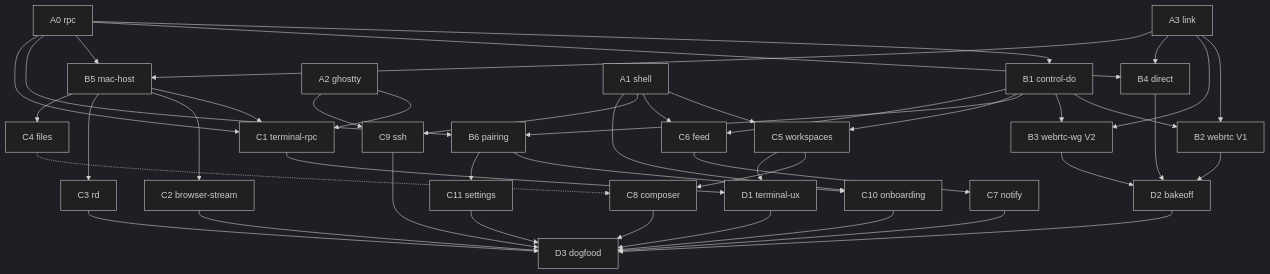
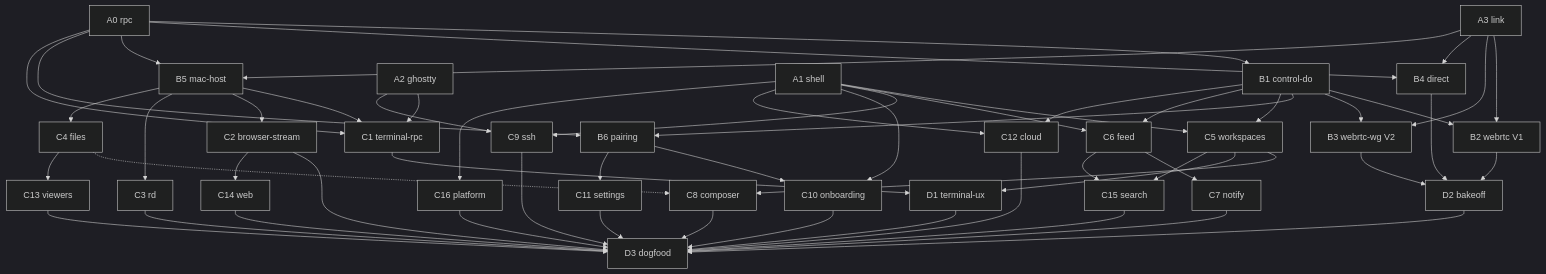
One commit to manaflow-ai/cmux changed the diagram in plans/cmux-next/ios-next/PLAN.md. Above: the diagram before and after it, drawn with Mermaid (dark theme). The commit also changed other lines of this file, not shown here.

````diff
--- a/plans/cmux-next/ios-next/PLAN.md
+++ b/plans/cmux-next/ios-next/PLAN.md
@@ -111,46 +125,58 @@
 ```mermaid
 graph TD
   A0[A0 rpc] --> B1[B1 control-do]
   A0 --> B4[B4 direct]
   A0 --> B5[B5 mac-host]
   A3[A3 link] --> B2[B2 webrtc V1]
   A3 --> B3[B3 webrtc-wg V2]
   A3 --> B4
   A3 --> B5
   B1 --> B2
   B1 --> B3
   B1 --> B6[B6 pairing]
   A0 --> B6
   A0 --> C1[C1 terminal-rpc]
   A2[A2 ghostty] --> C1
   B5 --> C1
   B5 --> C2[C2 browser-stream]
   B5 --> C3[C3 rd]
   B5 --> C4[C4 files]
   A1[A1 shell] --> C5[C5 workspaces]
   B1 --> C5
   A1 --> C6[C6 feed]
   B1 --> C6
   C6 --> C7[C7 notify]
   C5 --> C8[C8 composer]
   C4 -.-> C8
   A1 --> C9[C9 ssh]
   A2 --> C9
   A1 --> C10[C10 onboarding]
   B6 --> C10
   B6 --> C11[C11 settings]
   C1 --> D1[D1 terminal-ux]
   C5 --> D1
   B2 --> D2[D2 bakeoff]
   B3 --> D2
   B4 --> D2
   D1 --> D3[D3 dogfood]
   D2 --> D3
   C2 --> D3
   C3 --> D3
   C7 --> D3
   C8 --> D3
   C9 --> D3
   C10 --> D3
   C11 --> D3
+  A1 --> C12[C12 cloud]
+  B1 --> C12
+  C4 --> C13[C13 viewers]
+  C2 --> C14[C14 web]
+  C5 --> C15[C15 search]
+  C6 --> C15
+  A1 --> C16[C16 platform]
+  C12 --> D3
+  C13 --> D3
+  C14 --> D3
+  C15 --> D3
+  C16 --> D3
 ```
````
